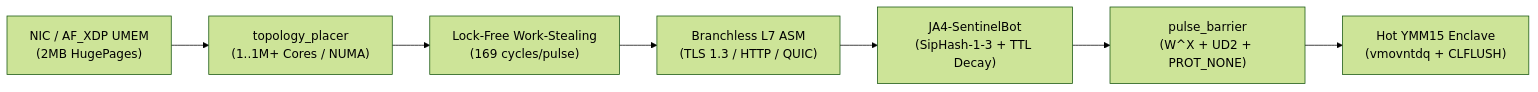
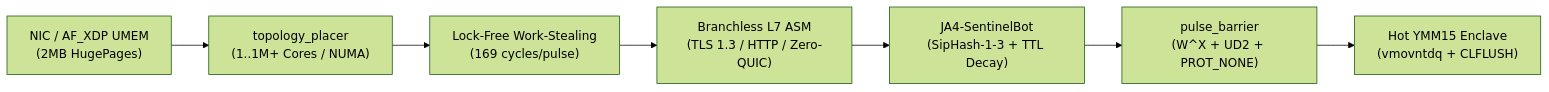
Before and after one commit to zerokull1/zero-timing-core: the diagram in README.md, drawn with Mermaid (forest theme). The commit also changed other lines of this file and 2 other files, not shown here.

Commit message:
docs(showcase): update README & SECURITY_ADVISORIES for Zero-QUIC 1-cycle UDP/443 drop policy

````diff
--- a/README.md
+++ b/README.md
@@ -20,9 +20,9 @@
 ```mermaid
 flowchart LR
     NIC["NIC / AF_XDP UMEM<br/>(2MB HugePages)"] --> TOPO["topology_placer<br/>(1..1M+ Cores / NUMA)"]
     TOPO --> WS["Lock-Free Work-Stealing<br/>(169 cycles/pulse)"]
-    WS --> L7["Branchless L7 ASM<br/>(TLS 1.3 / HTTP / QUIC)"]
+    WS --> L7["Branchless L7 ASM<br/>(TLS 1.3 / HTTP / Zero-QUIC)"]
     L7 --> BOT["JA4-SentinelBot<br/>(SipHash-1-3 + TTL Decay)"]
     BOT --> TRAP["pulse_barrier<br/>(W^X + UD2 + PROT_NONE)"]
     TRAP --> YMM["Hot YMM15 Enclave<br/>(vmovntdq + CLFLUSH)"]
 ```
````
